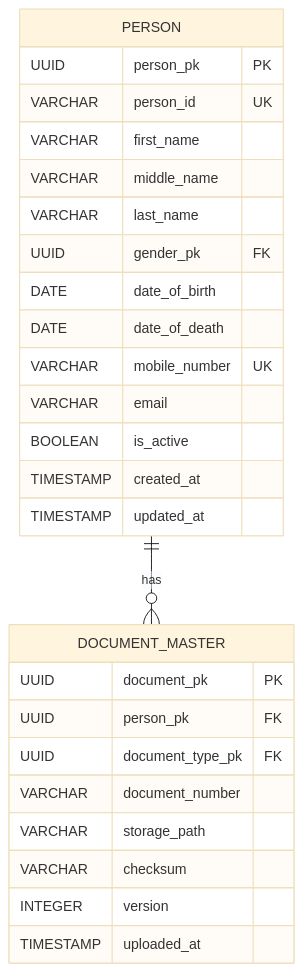
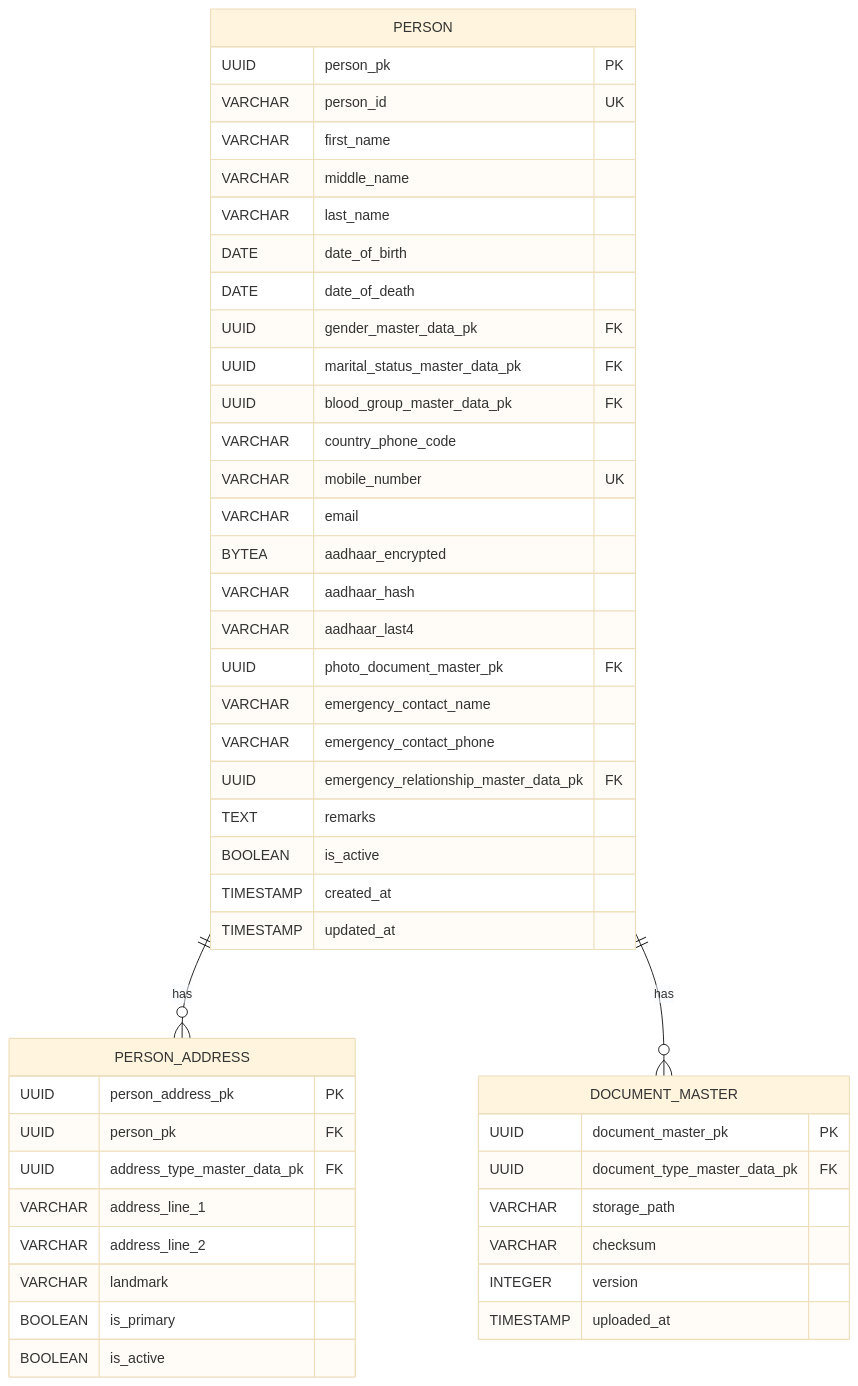
Before and after one commit to NilachalaSaraswataSangha/NSS_ERP: the second of 3 diagrams in docs/03_Solution/modules/person/02_person_erd.md, drawn with Mermaid (base theme). The commit also changed other lines of this file and 4 other files, not shown here.

````diff
--- a/docs/03_Solution/modules/person/02_person_erd.md
+++ b/docs/03_Solution/modules/person/02_person_erd.md
@@ -766,32 +804,53 @@
 ```mermaid
 erDiagram
 
+    PERSON ||--o{ PERSON_ADDRESS : "has"
     PERSON ||--o{ DOCUMENT_MASTER : "has"
 
     PERSON {
         UUID person_pk PK
         VARCHAR person_id UK
         VARCHAR first_name
         VARCHAR middle_name
         VARCHAR last_name
-        UUID gender_pk FK
         DATE date_of_birth
         DATE date_of_death
+        UUID gender_master_data_pk FK
+        UUID marital_status_master_data_pk FK
+        UUID blood_group_master_data_pk FK
+        VARCHAR country_phone_code
         VARCHAR mobile_number UK
         VARCHAR email
+        BYTEA aadhaar_encrypted
+        VARCHAR aadhaar_hash
+        VARCHAR aadhaar_last4
+        UUID photo_document_master_pk FK
+        VARCHAR emergency_contact_name
+        VARCHAR emergency_contact_phone
+        UUID emergency_relationship_master_data_pk FK
+        TEXT remarks
         BOOLEAN is_active
         TIMESTAMP created_at
         TIMESTAMP updated_at
     }
 
+    PERSON_ADDRESS {
+        UUID person_address_pk PK
+        UUID person_pk FK
+        UUID address_type_master_data_pk FK
+        VARCHAR address_line_1
+        VARCHAR address_line_2
+        VARCHAR landmark
+        BOOLEAN is_primary
+        BOOLEAN is_active
+    }
+
     DOCUMENT_MASTER {
-        UUID document_pk PK
-        UUID person_pk FK
-        UUID document_type_pk FK
-        VARCHAR document_number
+        UUID document_master_pk PK
+        UUID document_type_master_data_pk FK
         VARCHAR storage_path
         VARCHAR checksum
         INTEGER version
         TIMESTAMP uploaded_at
     }
 ```
````
